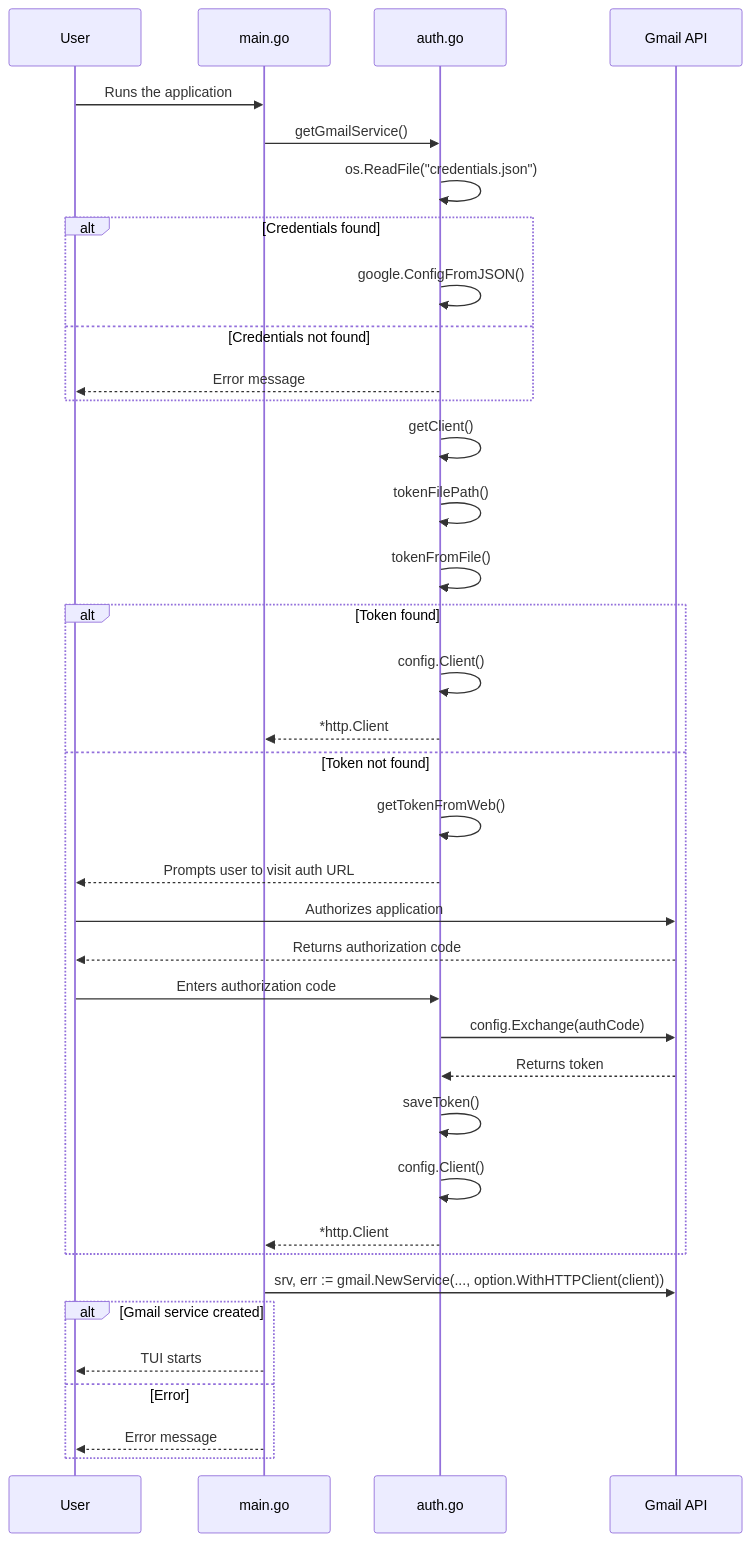
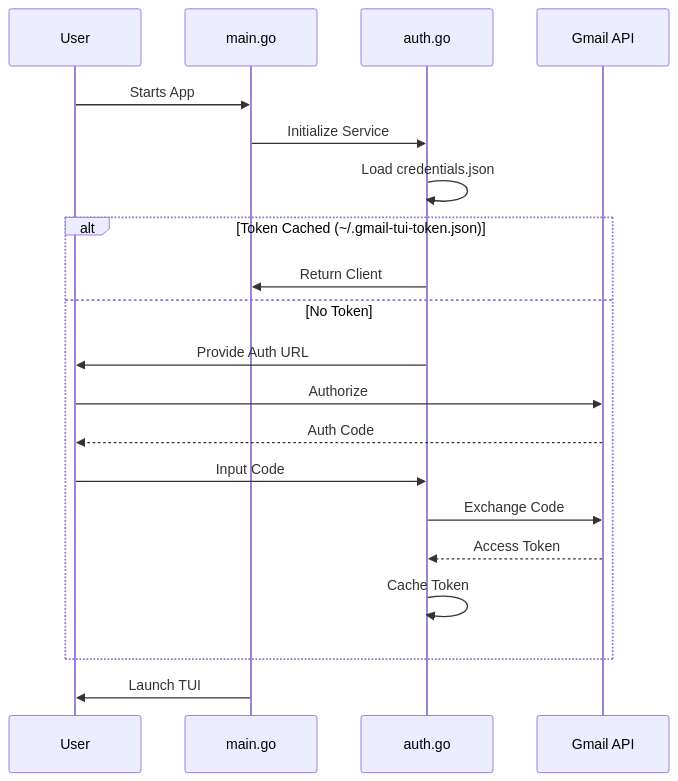
The diagram in README.md (leocavalcante/gmail-tui), drawn with Mermaid before and after one commit. The commit also changed other lines of this file, not shown here.

````diff
--- a/README.md
+++ b/README.md
@@ -106,39 +91,22 @@
 ```mermaid
 sequenceDiagram
     participant User
     participant main.go
     participant auth.go
     participant Gmail API
-    User->>main.go: Runs the application
-    main.go->>auth.go: getGmailService()
-    auth.go->>auth.go: os.ReadFile("credentials.json")
-    alt Credentials found
-        auth.go->>auth.go: google.ConfigFromJSON()
-    else Credentials not found
-        auth.go-->>User: Error message
+    User->>main.go: Starts App
+    main.go->>auth.go: Initialize Service
+    auth.go->>auth.go: Load credentials.json
+    alt Token Cached (~/.gmail-tui-token.json)
+        auth.go->>main.go: Return Client
+    else No Token
+        auth.go->>User: Provide Auth URL
+        User->>Gmail API: Authorize
+        Gmail API-->>User: Auth Code
+        User->>auth.go: Input Code
+        auth.go->>Gmail API: Exchange Code
+        Gmail API-->>auth.go: Access Token
+        auth.go->>auth.go: Cache Token
     end
-    auth.go->>auth.go: getClient()
-    auth.go->>auth.go: tokenFilePath()
-    auth.go->>auth.go: tokenFromFile()
-    alt Token found
-        auth.go->>auth.go: config.Client()
-        auth.go-->>main.go: *http.Client
-    else Token not found
-        auth.go->>auth.go: getTokenFromWeb()
-        auth.go-->>User: Prompts user to visit auth URL
-        User->>Gmail API: Authorizes application
-        Gmail API-->>User: Returns authorization code
-        User->>auth.go: Enters authorization code
-        auth.go->>Gmail API: config.Exchange(authCode)
-        Gmail API-->>auth.go: Returns token
-        auth.go->>auth.go: saveToken()
-        auth.go->>auth.go: config.Client()
-        auth.go-->>main.go: *http.Client
-    end
-    main.go->>Gmail API: srv, err := gmail.NewService(..., option.WithHTTPClient(client))
-    alt Gmail service created
-        main.go-->>User: TUI starts
-    else Error
-        main.go-->>User: Error message
-    end
+    main.go->>User: Launch TUI
 ```
````
